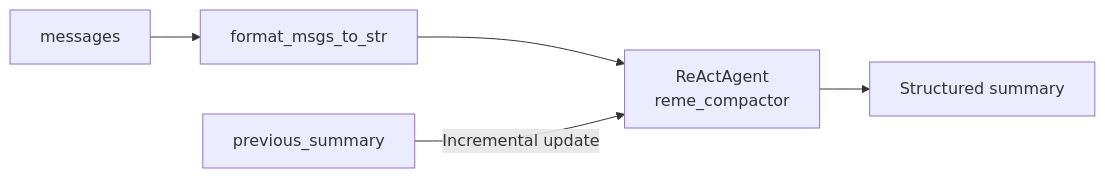
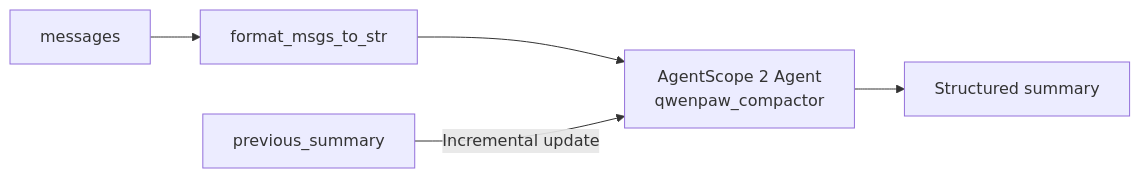
One commit to 51taichi/dclaw-platform changed the eighth of 9 diagrams in website/public/docs/context.en.md. Above: the diagram before and after it, drawn with Mermaid. The commit also changed other lines of this file and 17 other files, not shown here.

````diff
--- a/website/public/docs/context.en.md
+++ b/website/public/docs/context.en.md
@@ -194,7 +194,7 @@
 ```mermaid
 graph LR
     M[messages] --> H[format_msgs_to_str]
-    H --> A[ReActAgent<br>reme_compactor]
+    H --> A[AgentScope 2 Agent<br>qwenpaw_compactor]
     P[previous_summary] -->|Incremental update| A
     A --> S[Structured summary]
 ```
````
